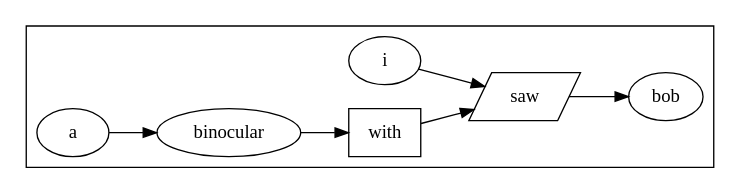
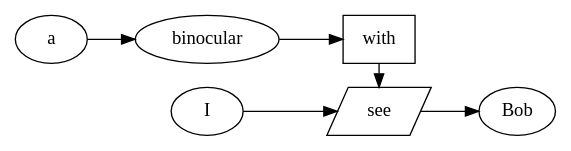
The diagram in paper/images/step_example_3.dot (Mome/treepattern), drawn with Graphviz before and after one commit. The commit also changed 8 other files, not shown here.

```diff
--- a/paper/images/step_example_3.dot
+++ b/paper/images/step_example_3.dot
@@ -1,17 +1,19 @@
 digraph{
 rankdir=LR
 compound=true
-subgraph cluster3010653324{
-  N3010675276 [ label="i", shape=ellipse ]
-  N3010675372 [ label="saw", shape=parallelogram ]
-  N3010675436 [ label="bob", shape=ellipse ]
-  N3010675564 [ label="with", shape=polygon ]
-  N3010675660 [ label="a", shape=ellipse ]
-  N3010675692 [ label="binocular", shape=ellipse ]
-}
+
+{rank=same; N3010675372 N3010675564}
+
+N3010675276 [ label="I", shape=ellipse ]
+N3010675372 [ label="see", shape=parallelogram ]
+N3010675436 [ label="Bob", shape=ellipse ]
+N3010675564 [ label="with", shape=polygon ]
+N3010675660 [ label="a", shape=ellipse ]
+N3010675692 [ label="binocular", shape=ellipse ]
+
 N3010675276 -> N3010675372
 N3010675372 -> N3010675436
 N3010675564 -> N3010675372
 N3010675660 -> N3010675692
 N3010675692 -> N3010675564
 }
```
